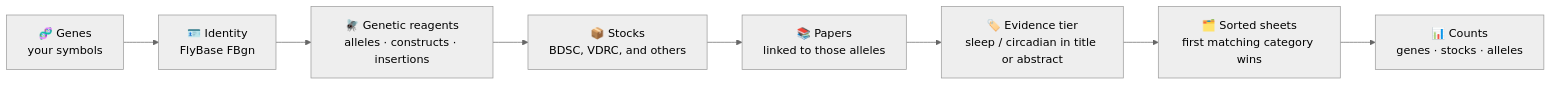
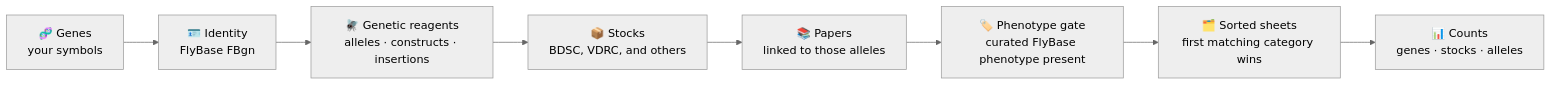
One commit to aadish98/fl.AI-reagent-stocker changed the first of 2 diagrams in docs/how_stocker_works.md. Above: the diagram before and after it, drawn with Mermaid (neutral theme). The commit also changed other lines of this file and 21 other files, not shown here.

First line of the commit message:
Decouple phenotype evidence from embeddings; refresh docs

````diff
--- a/docs/how_stocker_works.md
+++ b/docs/how_stocker_works.md
@@ -26,10 +26,10 @@
 ```mermaid
 flowchart LR
     A["🧬 Genes<br/>your symbols"] --> B["🪪 Identity<br/>FlyBase FBgn"]
     B --> C["🪰 Genetic reagents<br/>alleles · constructs · insertions"]
     C --> D["📦 Stocks<br/>BDSC, VDRC, and others"]
     D --> E["📚 Papers<br/>linked to those alleles"]
-    E --> F["🏷️ Evidence tier<br/>sleep / circadian in title or abstract"]
+    E --> F["🏷️ Phenotype gate<br/>curated FlyBase phenotype present"]
     F --> G["🗂️ Sorted sheets<br/>first matching category wins"]
     G --> H["📊 Counts<br/>genes · stocks · alleles"]
 ```
````
